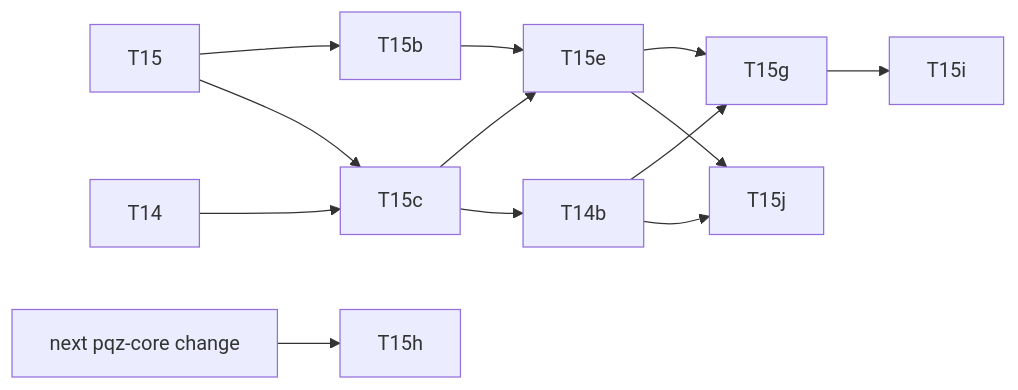
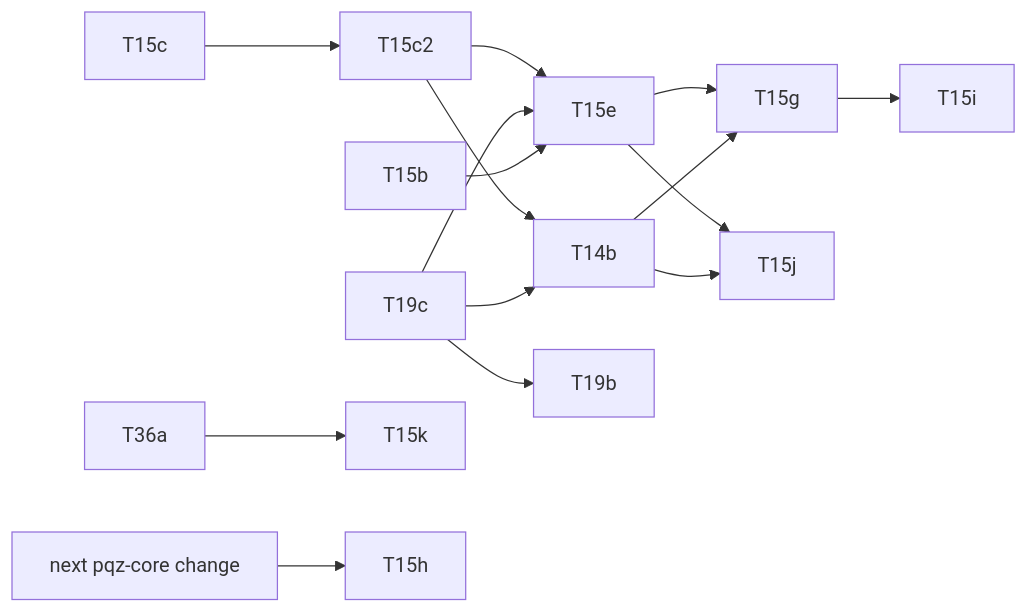
One commit to dinhduongha/scaas changed the second of 2 diagrams in docs/superpowers/plans/2026-11-05-ua-rs-sign.md. Above: the diagram before and after it, drawn with Mermaid. The commit also changed other lines of this file and 1 other file, not shown here.

````diff
--- a/docs/superpowers/plans/2026-11-05-ua-rs-sign.md
+++ b/docs/superpowers/plans/2026-11-05-ua-rs-sign.md
@@ -747,10 +751,11 @@
 ```mermaid
 flowchart LR
-  T15 --> T15b & T15c
-  T14 --> T15c
-  T15c --> T15e & T14b
+  T15c --> T15c2
+  T15c2 & T19c --> T15e & T14b
   T15b --> T15e
   T15e & T14b --> T15g --> T15i
   T15e & T14b --> T15j
+  T19c --> T19b
+  T36a --> T15k
   NC[next pqz-core change] --> T15h
 ```
````
